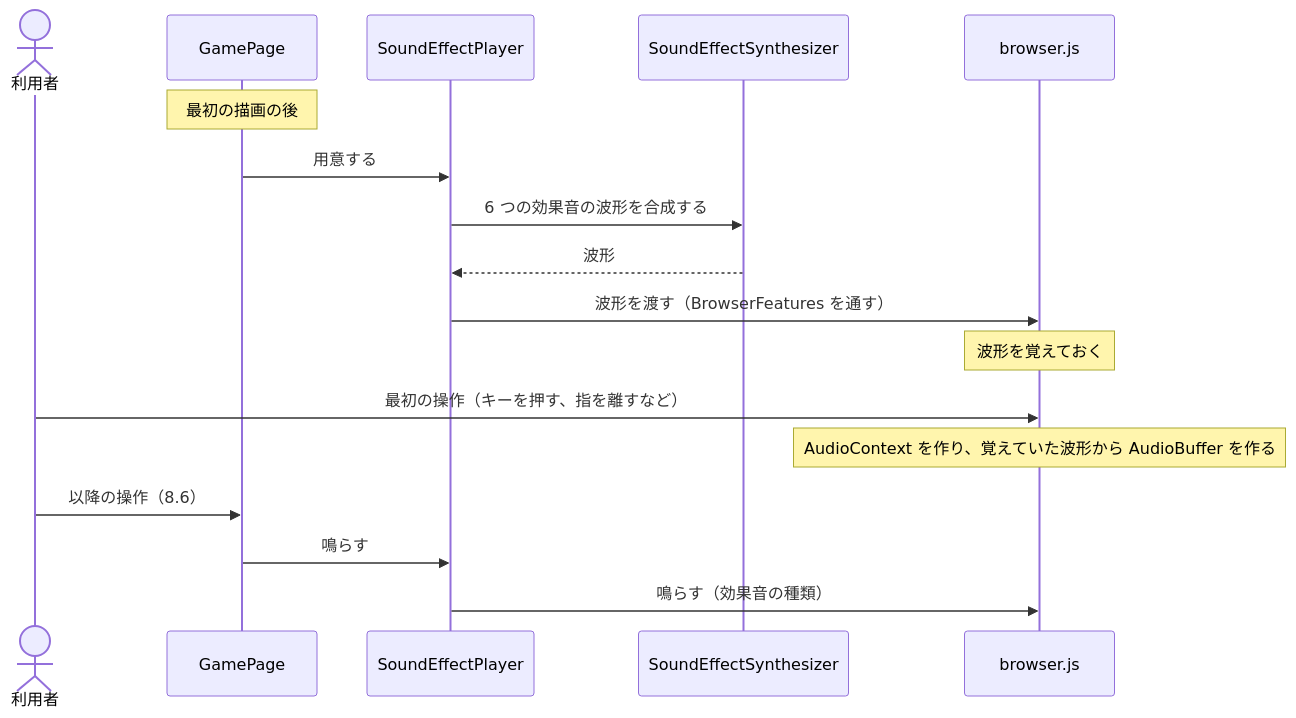
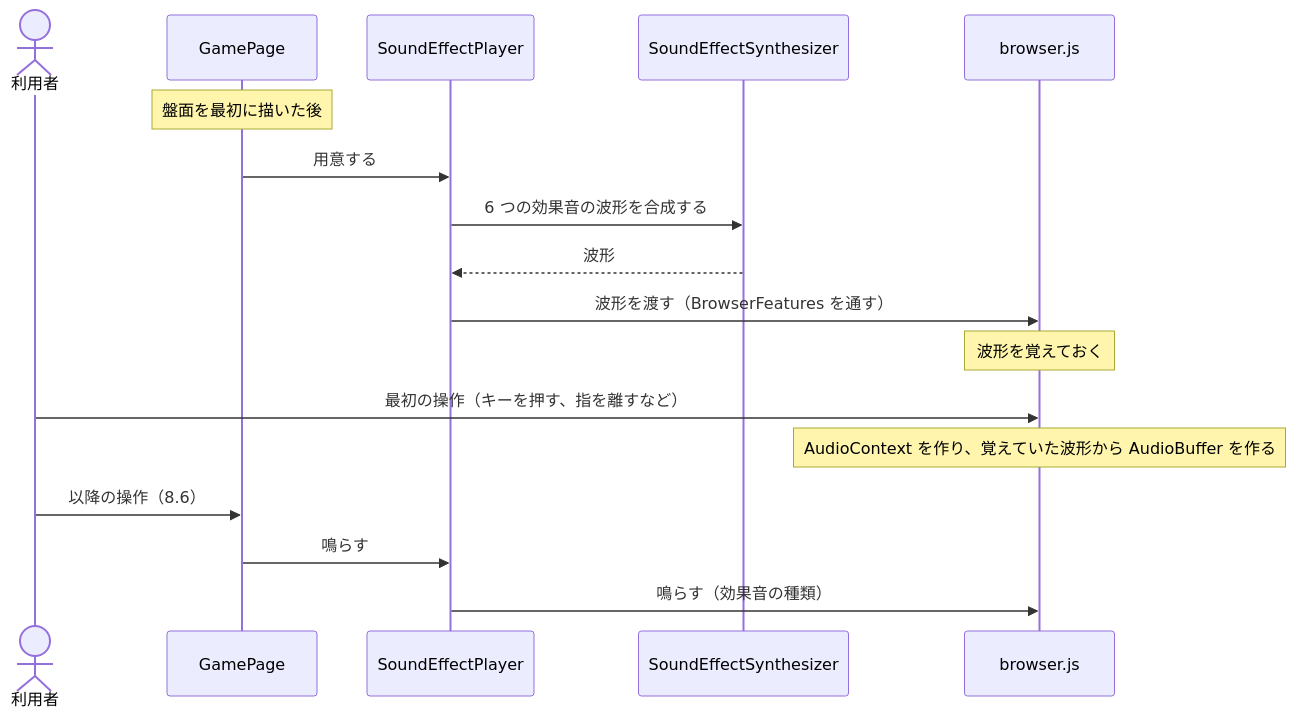
One commit to Fujiwo/Shos.Minesweeper changed diagram 12 of 12 in docs/04-architecture.md. Above: the diagram before and after it, drawn with Mermaid. The commit also changed other lines of this file and 15 other files, not shown here.

First line of the commit message:
Refactor WinCard and GamePage layout for improved UI design

````diff
--- a/docs/04-architecture.md
+++ b/docs/04-architecture.md
@@ -555,19 +555,19 @@
 ```mermaid
 sequenceDiagram
     actor User as 利用者
     participant GamePage
     participant SEP as SoundEffectPlayer
     participant Synth as SoundEffectSynthesizer
     participant JS as browser.js
-    Note over GamePage: 最初の描画の後
+    Note over GamePage: 盤面を最初に描いた後
     GamePage->>SEP: 用意する
     SEP->>Synth: 6 つの効果音の波形を合成する
     Synth-->>SEP: 波形
     SEP->>JS: 波形を渡す（BrowserFeatures を通す）
     Note over JS: 波形を覚えておく
     User->>JS: 最初の操作（キーを押す、指を離すなど）
     Note over JS: AudioContext を作り、覚えていた波形から AudioBuffer を作る
     User->>GamePage: 以降の操作（8.6）
     GamePage->>SEP: 鳴らす
     SEP->>JS: 鳴らす（効果音の種類）
 ```
````
